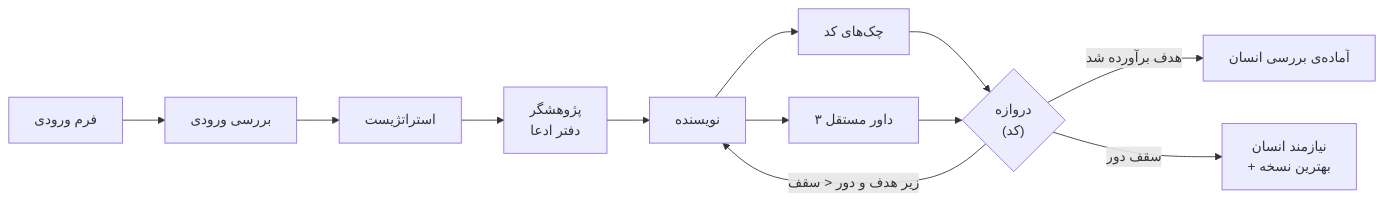
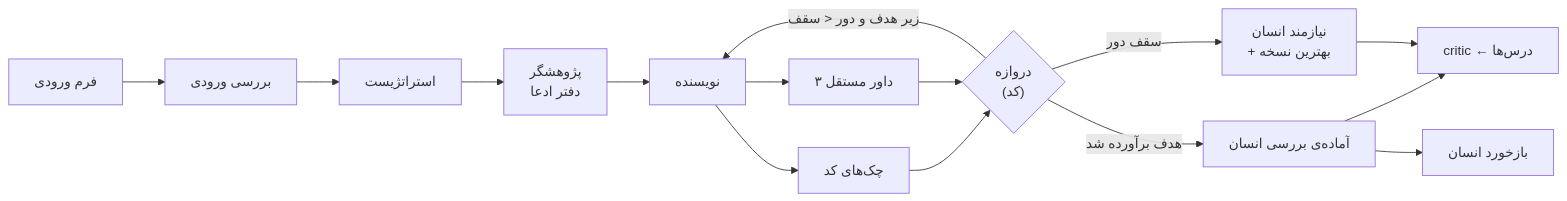
Before and after one commit to mahdisoleymani1322-beep/docs: the diagram in README.md, drawn with Mermaid. The commit also changed other lines of this file and 1 other file, not shown here.

````diff
--- a/README.md
+++ b/README.md
@@ -27,14 +42,17 @@
 ```mermaid
 flowchart LR
     F["فرم ورودی"] --> I["بررسی ورودی"]
     I --> S["استراتژیست"]
     S --> R["پژوهشگر<br/>دفتر ادعا"]
     R --> W["نویسنده"]
     W --> C["چک‌های کد"]
     W --> J["۳ داور مستقل"]
     C --> G{"دروازه<br/>(کد)"}
     J --> G
     G -- "زیر هدف و دور < سقف" --> W
     G -- "هدف برآورده شد" --> H["آماده‌ی بررسی انسان"]
     G -- "سقف دور" --> N["نیازمند انسان<br/>+ بهترین نسخه"]
+    H --> K["critic ← درس‌ها"]
+    N --> K
+    H --> B["بازخورد انسان"]
 ```
````
